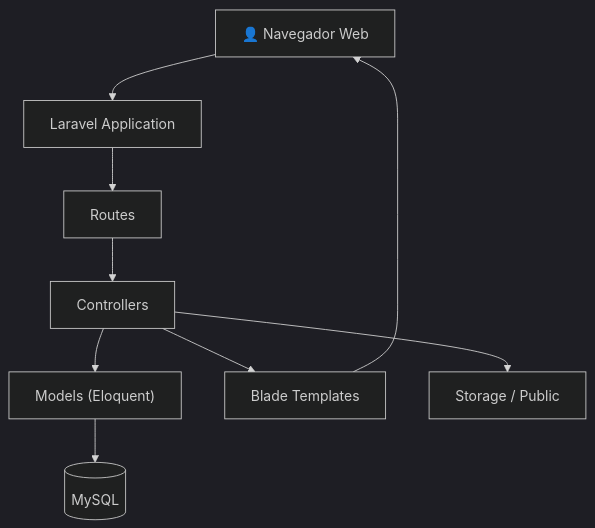
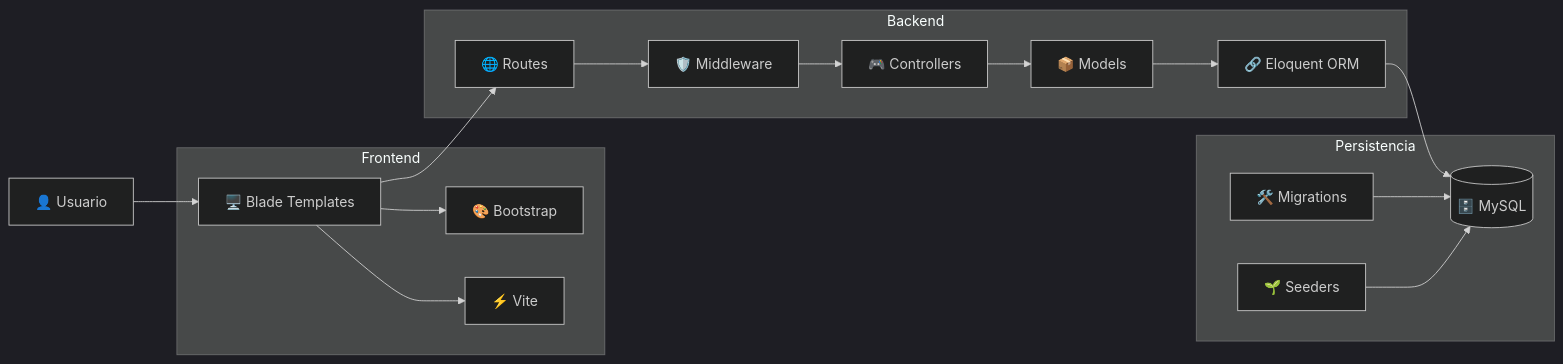
The diagram in docs/diagramas/02_Componentes.md (facusoster/FinalProdWebLaravel), drawn with Mermaid (dark theme) before and after one commit. The commit also changed other lines of this file and 25 other files, not shown here.

Commit message:
Actualizo documentación completa: diagramas, requisitos, arquitectura, UML y setup

````diff
--- a/docs/diagramas/02_Componentes.md
+++ b/docs/diagramas/02_Componentes.md
@@ -17,35 +25,40 @@
 ```mermaid
-flowchart TB
+flowchart LR
 
-Browser["👤 Navegador Web"]
+    U["👤 Usuario"]
 
-Laravel["Laravel Application"]
+    subgraph Frontend
+        B["🖥️ Blade Templates"]
+        BS["🎨 Bootstrap"]
+        V["⚡ Vite"]
+    end
 
-Routes["Routes"]
+    subgraph Backend
+        R["🌐 Routes"]
+        MW["🛡️ Middleware"]
+        C["🎮 Controllers"]
+        M["📦 Models"]
+        E["🔗 Eloquent ORM"]
+    end
 
-Controllers["Controllers"]
+    subgraph Persistencia
+        DB[("🗄️ MySQL")]
+        MIG["🛠️ Migrations"]
+        SD["🌱 Seeders"]
+    end
 
-Models["Models (Eloquent)"]
+    U --> B
+    B --> BS
+    B --> V
 
-Views["Blade Templates"]
+    B --> R
 
-Database[("MySQL")]
+    R --> MW
+    MW --> C
+    C --> M
+    M --> E
+    E --> DB
 
-Storage["Storage / Public"]
-
-Browser --> Laravel
-
-Laravel --> Routes
-
-Routes --> Controllers
-
-Controllers --> Models
-
-Controllers --> Views
-
-Models --> Database
-
-Views --> Browser
-
-Controllers --> Storage
+    MIG --> DB
+    SD --> DB
 ```
````
